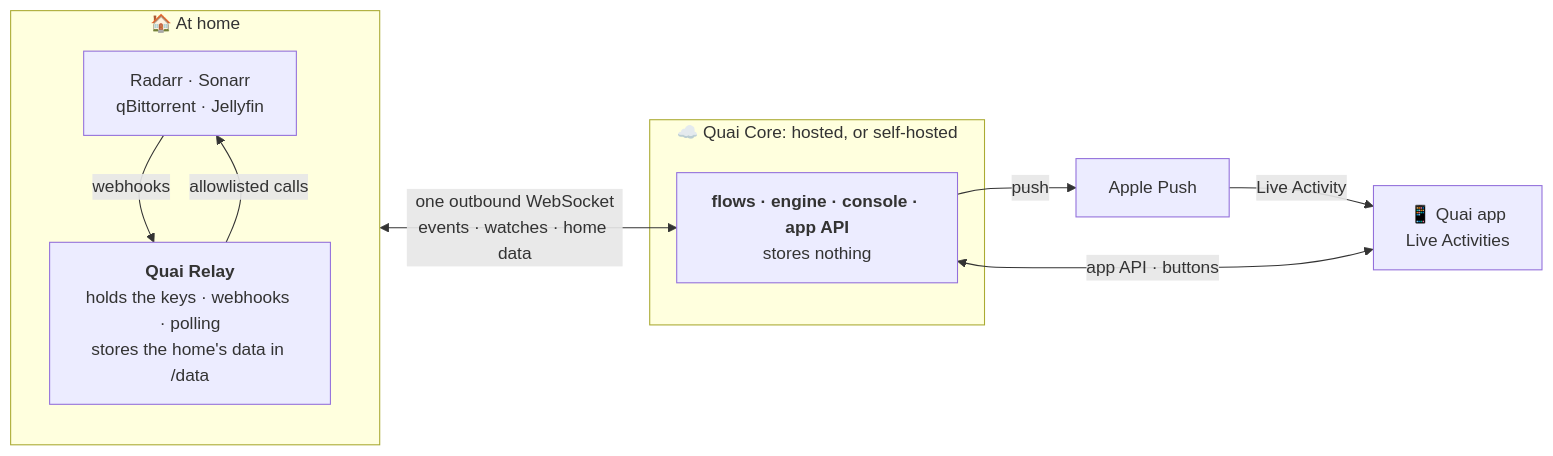
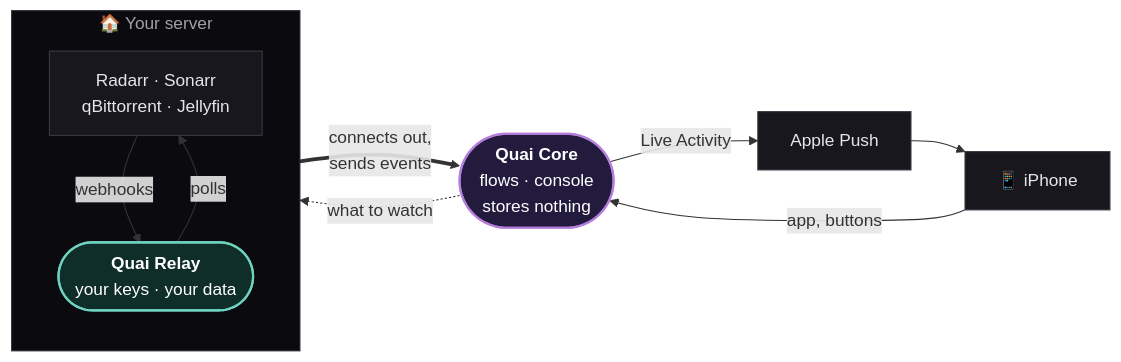
The diagram in README.md (mathieuletyrant/quai-app), drawn with Mermaid before and after one commit. The commit also changed other lines of this file, not shown here.

Commit message:
docs(readme): clearer architecture diagram: the Relay connects out, only it talks to the services
Claude-Session: https://claude.ai/code/session_01MqWWDVmCSgt85daDNnr2i5

````diff
--- a/README.md
+++ b/README.md
@@ -49,21 +49,27 @@
 ```mermaid
 flowchart LR
-  subgraph home["🏠 At home"]
+  subgraph home["🏠 Your server"]
     direction TB
-    arr["Radarr · Sonarr<br/>qBittorrent · Jellyfin"]
-    relay["<b>Quai Relay</b><br/>holds the keys · webhooks · polling<br/>stores the home's data in /data"]
-    arr -- "webhooks" --> relay
-    relay -- "allowlisted calls" --> arr
+    services["Radarr · Sonarr<br/>qBittorrent · Jellyfin"]
+    relay(["<b>Quai Relay</b><br/>your keys · your data"])
+    services -- "webhooks" --> relay
+    relay -- "polls" --> services
   end
 
-  subgraph core["☁️ Quai Core: hosted, or self-hosted"]
-    brain["<b>flows · engine · console · app API</b><br/>stores nothing"]
-  end
+  core(["<b>Quai Core</b><br/>flows · console<br/>stores nothing"])
+  apple["Apple Push"]
+  phone["📱 iPhone"]
 
-  apple["Apple Push"]
-  iphone["📱 Quai app<br/>Live Activities"]
+  relay == "connects out,<br/>sends events" ==> core
+  core -. "what to watch" .-> relay
+  core -- "Live Activity" --> apple --> phone
+  phone -- "app, buttons" --> core
 
-  relay <-- "one outbound WebSocket<br/>events · watches · home data" --> brain
-  brain -- "push" --> apple -- "Live Activity" --> iphone
-  iphone <-- "app API · buttons" --> brain
+  classDef relayStyle fill:#0f2e29,stroke:#6fd3c2,stroke-width:2px,color:#fff
+  classDef coreStyle fill:#231b3d,stroke:#b57edc,stroke-width:2px,color:#fff
+  classDef plain fill:#17171d,stroke:#3a3a44,color:#e5e5ea
+  class relay relayStyle
+  class core coreStyle
+  class services,apple,phone plain
+  style home fill:#0b0b0f,stroke:#2a2a33,color:#a1a1a6
 ```
````
